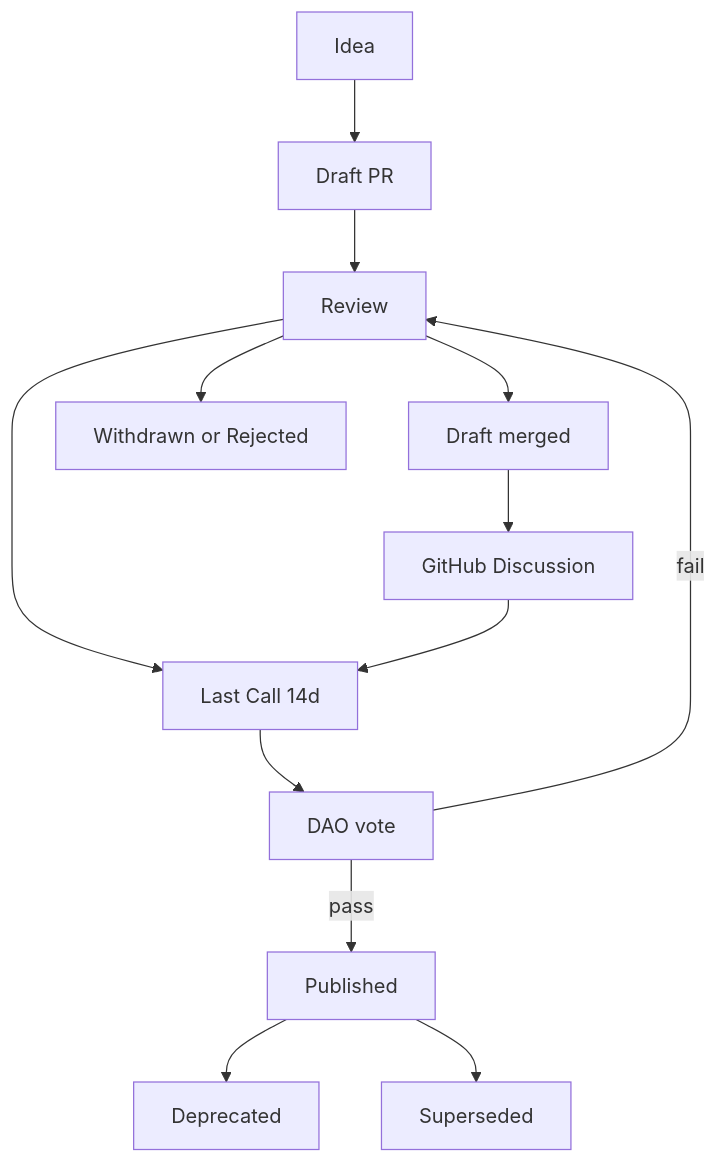
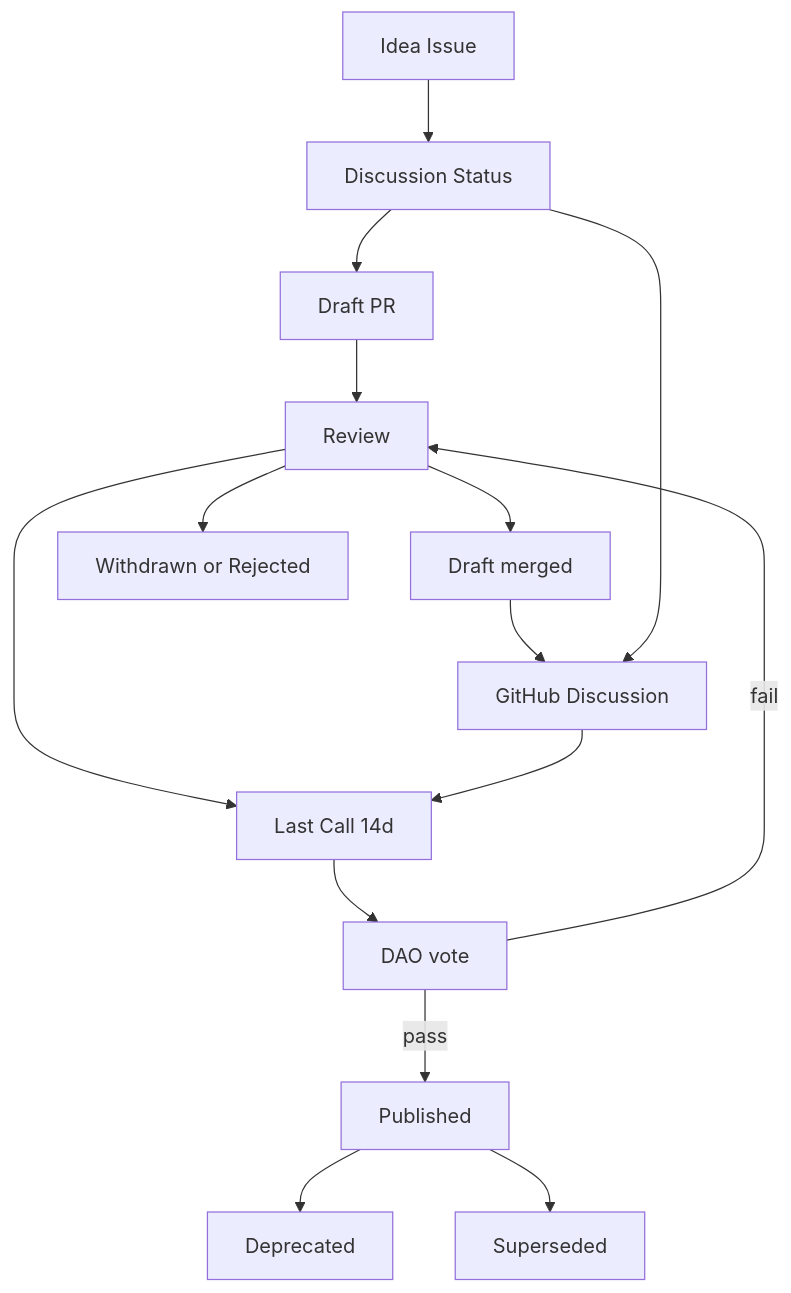
The diagram in docs/standards/hcs-4.md (hashgraph-online/hcs-improvement-proposals), drawn with Mermaid before and after one commit. The commit also changed other lines of this file, not shown here.

````diff
--- a/docs/standards/hcs-4.md
+++ b/docs/standards/hcs-4.md
@@ -129,15 +125,17 @@
 ```mermaid
 flowchart TB
-  I[Idea] --> D[Draft PR]
+  I[Idea Issue] --> DISCUSS[Discussion Status]
+  DISCUSS --> D[Draft PR]
   D --> R[Review]
   R --> M[Draft merged]
-  M --> DISC[GitHub Discussion]
+  M --> THREAD[GitHub Discussion]
+  DISCUSS --> THREAD
   R --> LC[Last Call 14d]
-  DISC --> LC
+  THREAD --> LC
   LC --> GOV[DAO vote]
   GOV -->|pass| P[Published]
   GOV -->|fail| R
   R --> W[Withdrawn or Rejected]
   P --> Dep[Deprecated]
   P --> Sup[Superseded]
 ```
````
